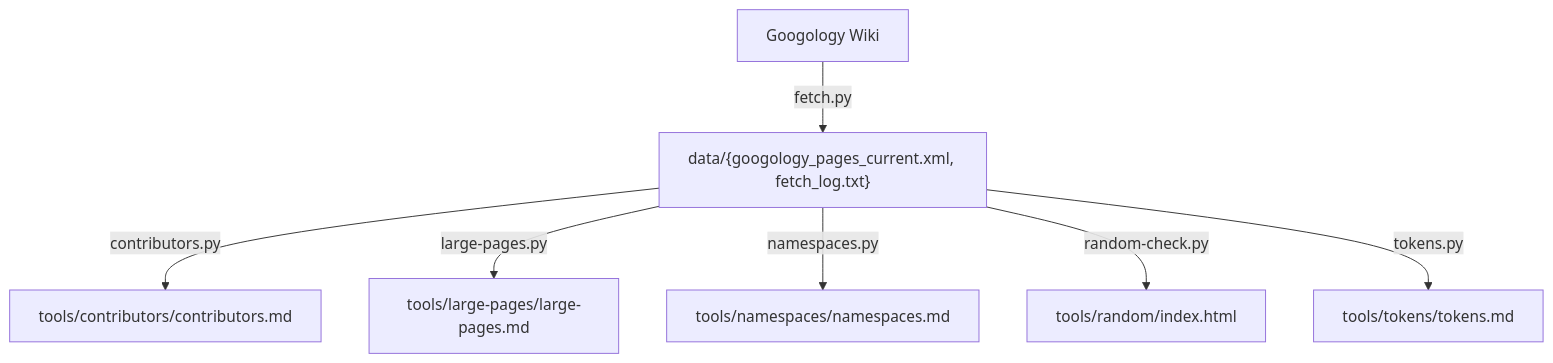
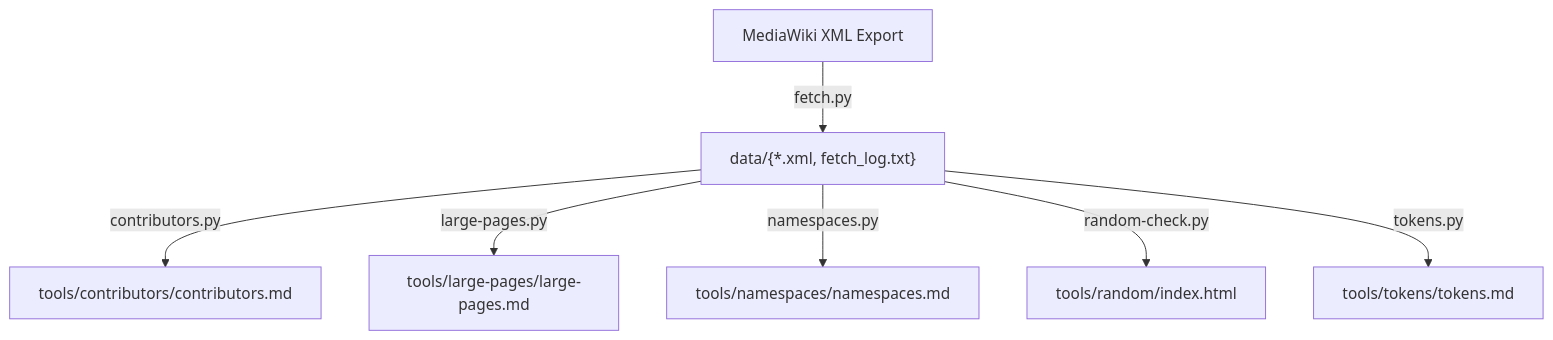
Before and after one commit to koteitan/googolbook-lm: the diagram in tools/README.md, drawn with Mermaid. The commit also changed other lines of this file and 6 other files, not shown here.

Commit message:
update Googology Wiki->MediaWiki

````diff
--- a/tools/README.md
+++ b/tools/README.md
@@ -18,9 +18,9 @@
 ```mermaid
 graph TD
-    A[Googology Wiki] -->|fetch.py| B["data/{googology_pages_current.xml, fetch_log.txt}"]
+    A[MediaWiki XML Export] -->|fetch.py| B["data/{*.xml, fetch_log.txt}"]
     B -->|contributors.py| C[tools/contributors/contributors.md]
     B -->|large-pages.py| D[tools/large-pages/large-pages.md]
     B -->|namespaces.py| E[tools/namespaces/namespaces.md]
     B -->|random-check.py| F[tools/random/index.html]
     B -->|tokens.py| G[tools/tokens/tokens.md]
 ```
````
